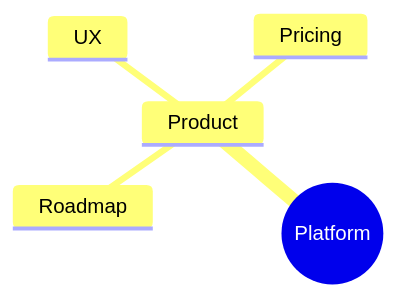
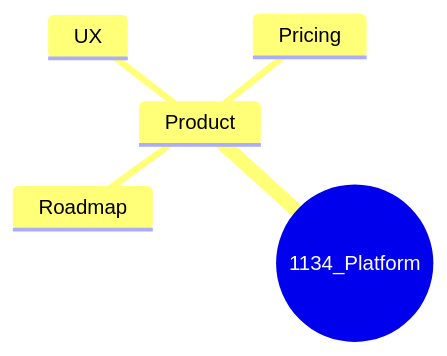
The diagram in diagrams/PlatformMindMap_product.mmd (Beyondthemountain/RoboMermaid), drawn with Mermaid before and after one commit. The commit also changed 26 other files, not shown here.

Commit message:
Regenerate carved diagrams

```diff
--- a/diagrams/PlatformMindMap_product.mmd
+++ b/diagrams/PlatformMindMap_product.mmd
@@ -1,12 +1,12 @@
 mindmap
 %% Global (included in all views)
-  root((Platform))
+  root((1134_Platform))
 
 
 
 
 
     Product
       Roadmap
       UX
       Pricing
```
